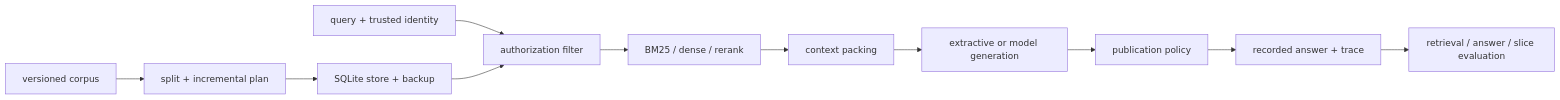
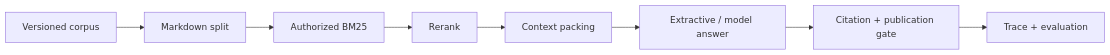
One commit to NightLemon/about-llm changed the diagram in docs/practice/projects/rag-foundations.md. Above: the diagram before and after it, drawn with Mermaid. The commit also changed other lines of this file and 19 other files, not shown here.

````diff
--- a/docs/practice/projects/rag-foundations.md
+++ b/docs/practice/projects/rag-foundations.md
@@ -12,13 +20,10 @@
 ```mermaid
 flowchart LR
-    C["versioned corpus"] --> I["split + incremental plan"]
-    I --> S["SQLite store + backup"]
-    Q["query + trusted identity"] --> A["authorization filter"]
-    S --> A
-    A --> R["BM25 / dense / rerank"]
-    R --> P["context packing"]
-    P --> G["extractive or model generation"]
-    G --> O["publication policy"]
-    O --> T["recorded answer + trace"]
-    T --> E["retrieval / answer / slice evaluation"]
+  C["Versioned corpus"] --> I["Markdown split"]
+  I --> R["Authorized BM25"]
+  R --> K["Rerank"]
+  K --> P["Context packing"]
+  P --> A["Extractive / model answer"]
+  A --> G["Citation + publication gate"]
+  G --> E["Trace + evaluation"]
 ```
````
